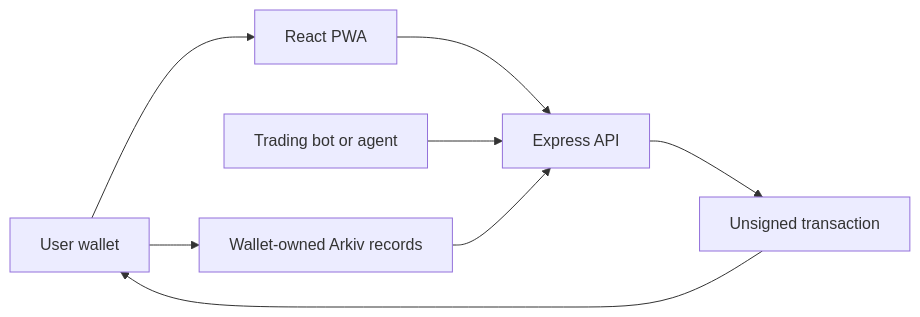
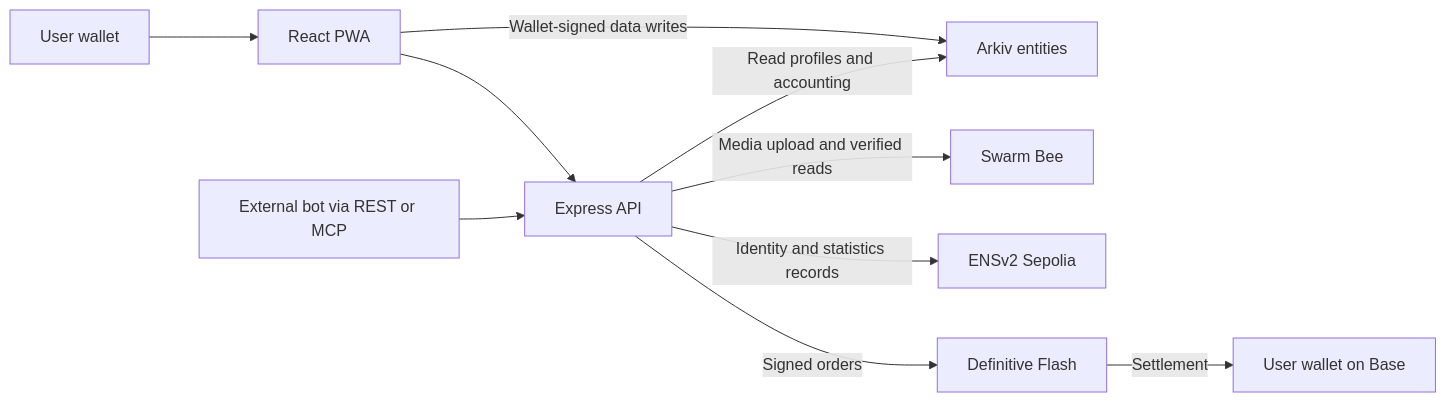
One commit to AceVikings/eth-global-mumbai-swipr changed the diagram in README.md. Above: the diagram before and after it, drawn with Mermaid. The commit also changed other lines of this file, not shown here.

````diff
--- a/README.md
+++ b/README.md
@@ -21,10 +134,12 @@
 ```mermaid
 flowchart LR
     User[User wallet] --> App[React PWA]
     App --> API[Express API]
-    Bot[Trading bot or agent] --> API
-    API --> Tx[Unsigned transaction]
-    Tx --> User
-    User --> Arkiv[Wallet-owned Arkiv records]
-    Arkiv --> API
+    Agent[External bot via REST or MCP] --> API
+    App -->|Wallet-signed data writes| Arkiv[Arkiv entities]
+    API -->|Read profiles and accounting| Arkiv
+    API -->|Media upload and verified reads| Swarm[Swarm Bee]
+    API -->|Identity and statistics records| ENS[ENSv2 Sepolia]
+    API -->|Signed orders| Flash[Definitive Flash]
+    Flash -->|Settlement| Base[User wallet on Base]
 ```
````
